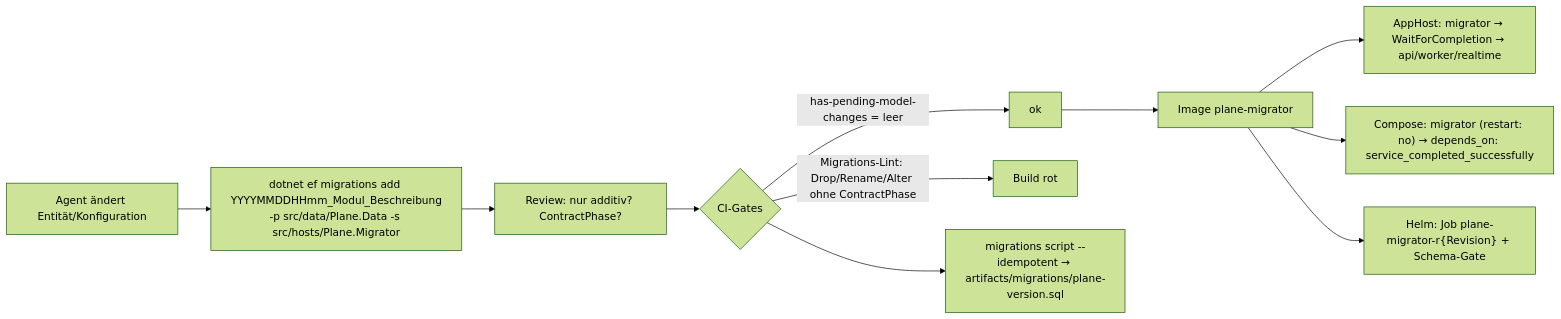
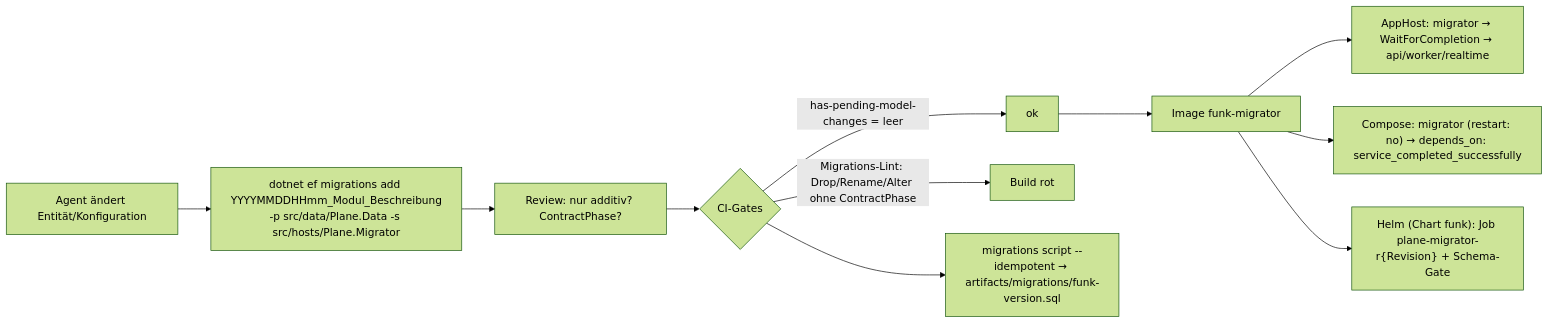
One commit to mlwr/plane changed diagram 11 of 11 in migration/architecture/03-datenmodell-efcore.md. Above: the diagram before and after it, drawn with Mermaid (forest theme). The commit also changed other lines of this file and 18 other files, not shown here.

First line of the commit message:
docs(migration): second alignment round and funk. branding across architecture docs

````diff
--- a/migration/architecture/03-datenmodell-efcore.md
+++ b/migration/architecture/03-datenmodell-efcore.md
@@ -3316,13 +3320,13 @@
 ```mermaid
 flowchart LR
   Dev[Agent ändert Entität/Konfiguration] --> Add["dotnet ef migrations add YYYYMMDDHHmm_Modul_Beschreibung<br/>-p src/data/Plane.Data -s src/hosts/Plane.Migrator"]
   Add --> Review[Review: nur additiv? ContractPhase?]
   Review --> CI{CI-Gates}
   CI -->|has-pending-model-changes = leer| G1[ok]
   CI -->|Migrations-Lint: Drop/Rename/Alter ohne ContractPhase| Fail[Build rot]
-  CI --> Script["migrations script --idempotent → artifacts/migrations/plane-version.sql"]
-  G1 --> Image[Image plane-migrator]
+  CI --> Script["migrations script --idempotent → artifacts/migrations/funk-version.sql"]
+  G1 --> Image[Image funk-migrator]
   Image --> Aspire["AppHost: migrator → WaitForCompletion → api/worker/realtime"]
   Image --> Compose["Compose: migrator (restart: no) → depends_on: service_completed_successfully"]
-  Image --> Helm["Helm: Job plane-migrator-r{Revision} + Schema-Gate"]
+  Image --> Helm["Helm (Chart funk): Job plane-migrator-r{Revision} + Schema-Gate"]
 ```
````
